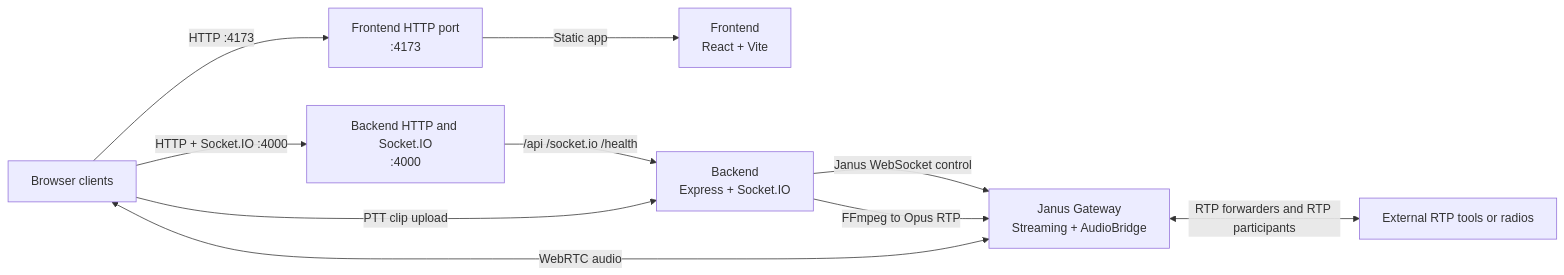
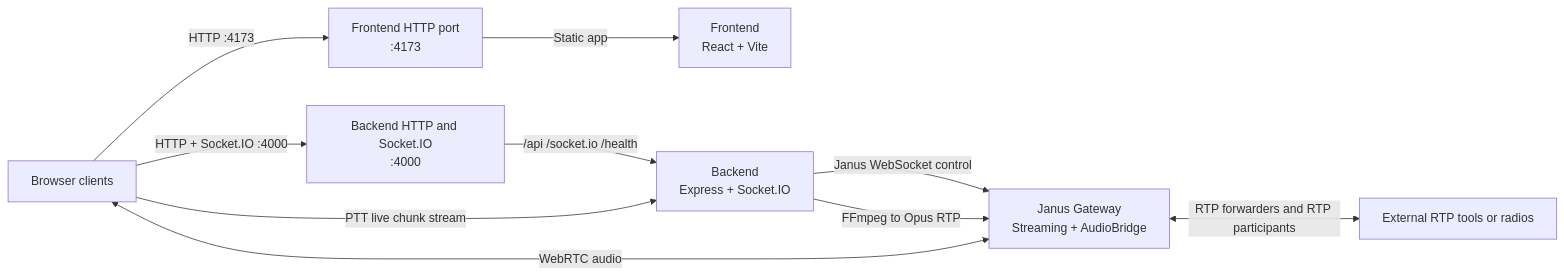
The diagram in README.md (yousofdavamkar/Web-RTP-Connector), drawn with Mermaid before and after one commit. The commit also changed other lines of this file, not shown here.

````diff
--- a/README.md
+++ b/README.md
@@ -20,20 +21,20 @@
 ```mermaid
 flowchart LR
 	Browser[Browser clients]
 	FrontendPort[Frontend HTTP port\n:4173]
 	BackendPort[Backend HTTP and Socket.IO\n:4000]
 	Frontend[Frontend\nReact + Vite]
 	Backend[Backend\nExpress + Socket.IO]
 	Janus[Janus Gateway\nStreaming + AudioBridge]
 	RTP[External RTP tools or radios]
 
 	Browser -->|HTTP :4173| FrontendPort
 	FrontendPort -->|Static app| Frontend
 	Browser -->|HTTP + Socket.IO :4000| BackendPort
 	BackendPort -->|/api /socket.io /health| Backend
 	Backend -->|Janus WebSocket control| Janus
-	Browser -->|PTT clip upload| Backend
+	Browser -->|PTT live chunk stream| Backend
 	Backend -->|FFmpeg to Opus RTP| Janus
 	Browser <-->|WebRTC audio| Janus
 	Janus <-->|RTP forwarders and RTP participants| RTP
 ```
````
